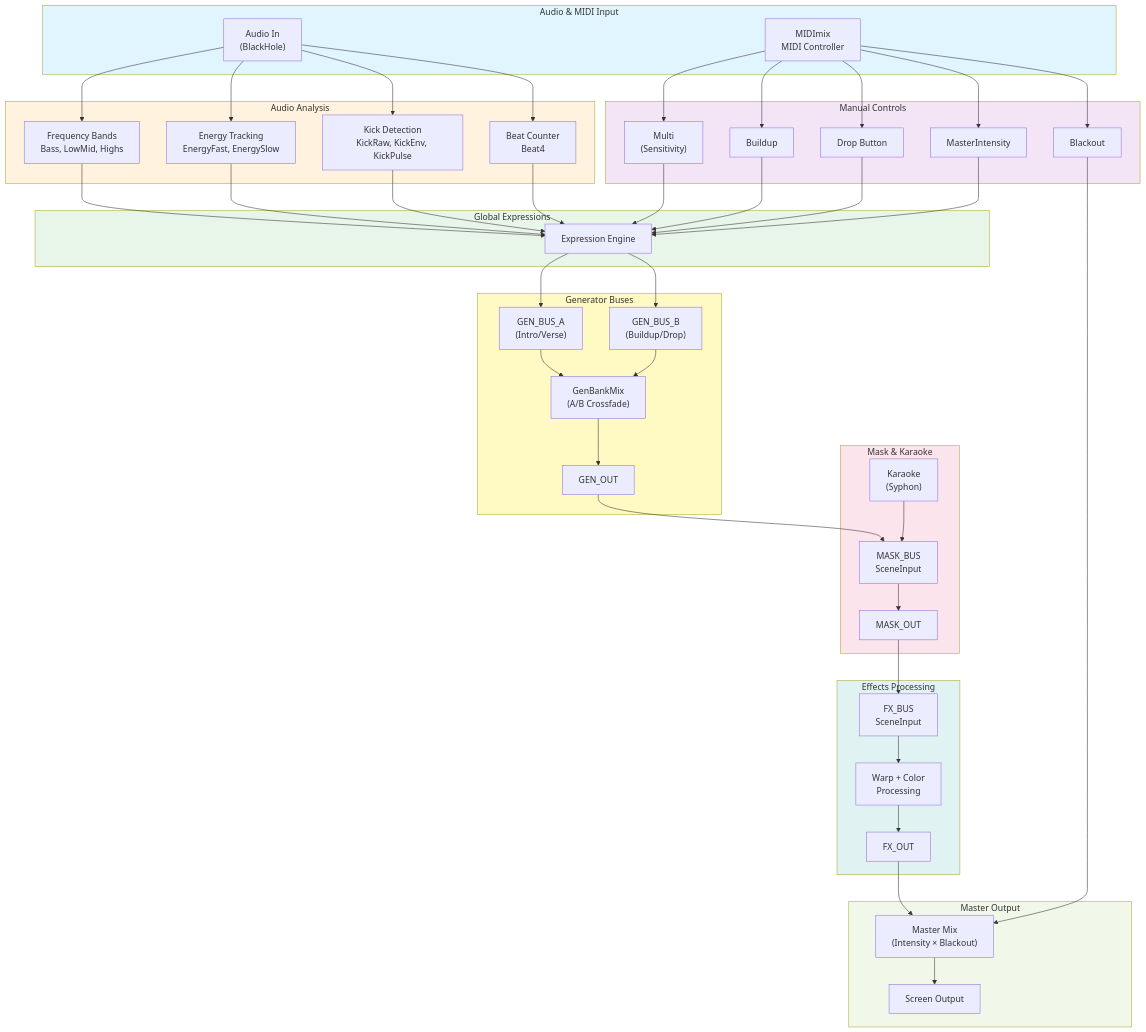
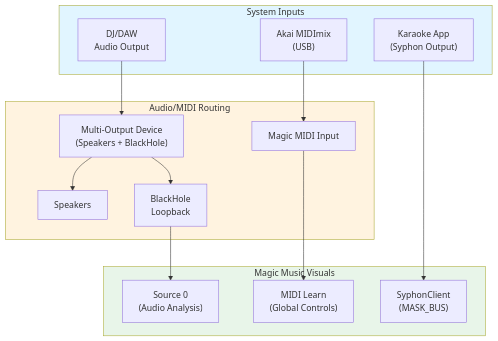
Before and after one commit to abossard/synesthesia-visuals: the first of 17 diagrams in docs/mmv-master-pipeline-guide.md, drawn with Mermaid. The commit also changed other lines of this file, not shown here.

Commit message:
Complete overhaul: Add SongStyle adaptation system to MMV pipeline guide

````diff
--- a/docs/mmv-master-pipeline-guide.md
+++ b/docs/mmv-master-pipeline-guide.md
@@ -32,68 +51,25 @@
 ```mermaid
 flowchart TD
-    subgraph INPUT["Audio & MIDI Input"]
-        AUDIO["Audio In<br/>(BlackHole)"]
-        MIDI["MIDImix<br/>MIDI Controller"]
+    subgraph INPUTS["System Inputs"]
+        AUDIO_SYS["DJ/DAW<br/>Audio Output"]
+        MIDI_HW["Akai MIDImix<br/>(USB)"]
+        KARAOKE_APP["Karaoke App<br/>(Syphon Output)"]
     end
     
-    subgraph ANALYSIS["Audio Analysis"]
-        AUDIO --> BANDS["Frequency Bands<br/>Bass, LowMid, Highs"]
-        AUDIO --> ENERGY["Energy Tracking<br/>EnergyFast, EnergySlow"]
-        AUDIO --> KICK["Kick Detection<br/>KickRaw, KickEnv, KickPulse"]
-        AUDIO --> BEAT["Beat Counter<br/>Beat4"]
+    subgraph ROUTING["Audio/MIDI Routing"]
+        AUDIO_SYS --> MULTIOUT["Multi-Output Device<br/>(Speakers + BlackHole)"]
+        MULTIOUT --> SPEAKERS["Speakers"]
+        MULTIOUT --> BLACKHOLE["BlackHole<br/>Loopback"]
+        MIDI_HW --> MIDI_IN["Magic MIDI Input"]
     end
     
-    subgraph CONTROL["Manual Controls"]
-        MIDI --> MULTI["Multi<br/>(Sensitivity)"]
-        MIDI --> BUILDUP["Buildup"]
-        MIDI --> DROP_BTN["Drop Button"]
-        MIDI --> MASTER_INT["MasterIntensity"]
-        MIDI --> BLACKOUT["Blackout"]
+    subgraph MAGIC["Magic Music Visuals"]
+        BLACKHOLE --> SRC0["Source 0<br/>(Audio Analysis)"]
+        MIDI_IN --> MIDI_LEARN["MIDI Learn<br/>(Global Controls)"]
+        KARAOKE_APP --> SYPHON_CLIENT["SyphonClient<br/>(MASK_BUS)"]
     end
     
-    subgraph GLOBALS["Global Expressions"]
-        BANDS --> GLOBAL_EX["Expression Engine"]
-        ENERGY --> GLOBAL_EX
-        KICK --> GLOBAL_EX
-        BEAT --> GLOBAL_EX
-        MULTI --> GLOBAL_EX
-        BUILDUP --> GLOBAL_EX
-        DROP_BTN --> GLOBAL_EX
-        MASTER_INT --> GLOBAL_EX
-    end
-    
-    subgraph GENERATORS["Generator Buses"]
-        GLOBAL_EX --> GENA["GEN_BUS_A<br/>(Intro/Verse)"]
-        GLOBAL_EX --> GENB["GEN_BUS_B<br/>(Buildup/Drop)"]
-        GENA --> GENMIX["GenBankMix<br/>(A/B Crossfade)"]
-        GENB --> GENMIX
-        GENMIX --> GENOUT["GEN_OUT"]
-    end
-    
-    subgraph MASKING["Mask & Karaoke"]
-        GENOUT --> MASK_IN["MASK_BUS<br/>SceneInput"]
-        KARAOKE["Karaoke<br/>(Syphon)"] --> MASK_IN
-        MASK_IN --> MASK_OUT["MASK_OUT"]
-    end
-    
-    subgraph FX["Effects Processing"]
-        MASK_OUT --> FX_IN["FX_BUS<br/>SceneInput"]
-        FX_IN --> FX_PROC["Warp + Color<br/>Processing"]
-        FX_PROC --> FX_OUT["FX_OUT"]
-    end
-    
-    subgraph OUTPUT["Master Output"]
-        FX_OUT --> MASTER_MIX["Master Mix<br/>(Intensity × Blackout)"]
-        BLACKOUT --> MASTER_MIX
-        MASTER_MIX --> SCREEN["Screen Output"]
-    end
-    
-    style INPUT fill:#e1f5ff
-    style ANALYSIS fill:#fff3e0
-    style CONTROL fill:#f3e5f5
-    style GLOBALS fill:#e8f5e9
-    style GENERATORS fill:#fff9c4
-    style MASKING fill:#fce4ec
-    style FX fill:#e0f2f1
-    style OUTPUT fill:#f1f8e9
+    style INPUTS fill:#e1f5ff
+    style ROUTING fill:#fff3e0
+    style MAGIC fill:#e8f5e9
 ```
````
